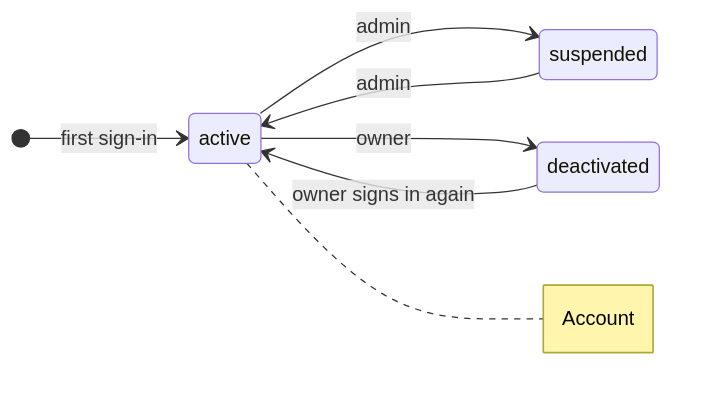
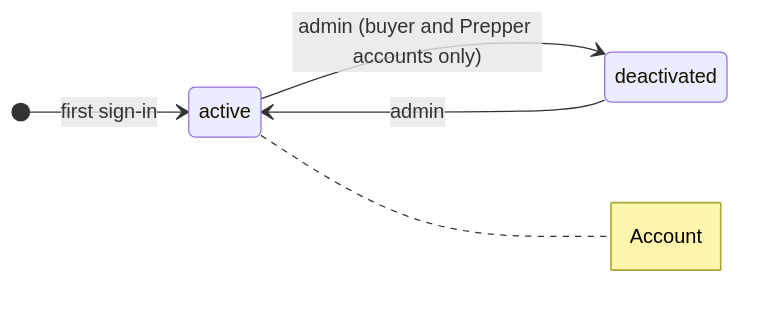
The fifth of 7 diagrams in docs/plan/07-status-changes.md (rachelwong/preppers), drawn with Mermaid before and after one commit. The commit also changed other lines of this file and 19 other files, not shown here.

````diff
--- a/docs/plan/07-status-changes.md
+++ b/docs/plan/07-status-changes.md
@@ -78,10 +78,8 @@
 ```mermaid
 stateDiagram-v2
   direction LR
   [*] --> active: first sign-in
-  active --> suspended: admin
-  suspended --> active: admin
-  active --> deactivated: owner
-  deactivated --> active: owner signs in again
+  active --> deactivated: admin (buyer and Prepper accounts only)
+  deactivated --> active: admin
   note right of active: Account
 ```
````
